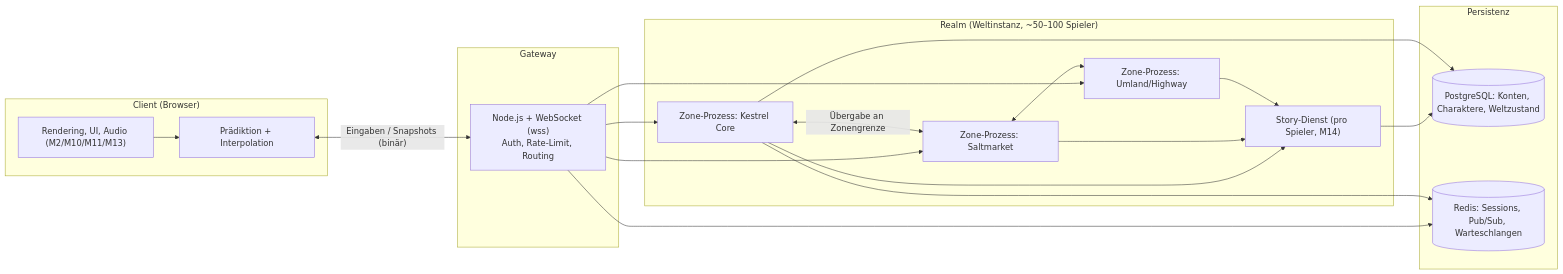
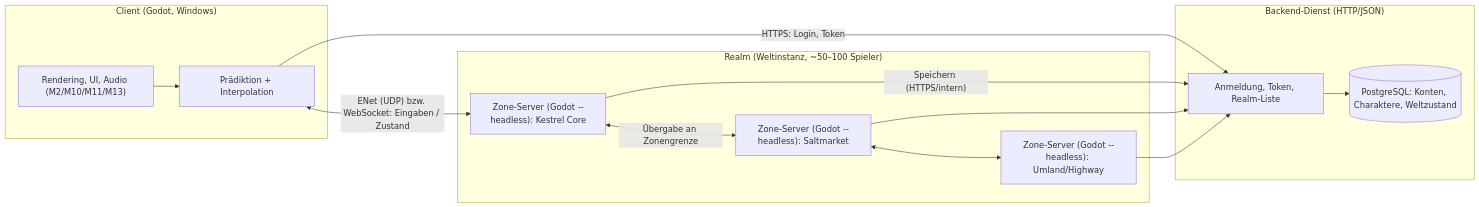
One commit to Martin-Mue/UnrealEngineGameMTA changed the second of 3 diagrams in docs/WELTKONZEPT.md. Above: the diagram before and after it, drawn with Mermaid. The commit also changed other lines of this file and 3 other files, not shown here.

Commit message:
Godot: Fussgaenger, Polizei-Fahndung, Missionen, Minimap, Speichern/Laden

````diff
--- a/docs/WELTKONZEPT.md
+++ b/docs/WELTKONZEPT.md
@@ -648,34 +676,25 @@
 ```mermaid
 flowchart LR
-  subgraph CL["Client (Browser)"]
+  subgraph CL["Client (Godot, Windows)"]
     C1["Rendering, UI, Audio (M2/M10/M11/M13)"]
     C2["Prädiktion + Interpolation"]
   end
-  subgraph LB["Gateway"]
-    GW["Node.js + WebSocket (wss)<br/>Auth, Rate-Limit, Routing"]
+  subgraph BE["Backend-Dienst (HTTP/JSON)"]
+    AU["Anmeldung, Token, Realm-Liste"]
+    PG[("PostgreSQL: Konten, Charaktere, Weltzustand")]
   end
   subgraph RL["Realm (Weltinstanz, ~50–100 Spieler)"]
-    Z1["Zone-Prozess: Kestrel Core"]
-    Z2["Zone-Prozess: Saltmarket"]
-    Z3["Zone-Prozess: Umland/Highway"]
-    ST["Story-Dienst (pro Spieler, M14)"]
-  end
-  subgraph DB["Persistenz"]
-    PG[("PostgreSQL: Konten, Charaktere, Weltzustand")]
-    RD[("Redis: Sessions, Pub/Sub, Warteschlangen")]
+    Z1["Zone-Server (Godot --headless): Kestrel Core"]
+    Z2["Zone-Server (Godot --headless): Saltmarket"]
+    Z3["Zone-Server (Godot --headless): Umland/Highway"]
   end
   C1 --> C2
-  C2 <-->|"Eingaben / Snapshots (binär)"| GW
-  GW --> Z1
-  GW --> Z2
-  GW --> Z3
+  C2 -->|"HTTPS: Login, Token"| AU
+  AU --> PG
+  C2 <-->|"ENet (UDP) bzw. WebSocket: Eingaben / Zustand"| Z1
   Z1 <-->|"Übergabe an Zonengrenze"| Z2
   Z2 <--> Z3
-  Z1 --> ST
-  Z2 --> ST
-  Z3 --> ST
-  ST --> PG
-  Z1 --> PG
-  GW --> RD
-  Z1 --> RD
+  Z1 -->|"Speichern (HTTPS/intern)"| AU
+  Z2 --> AU
+  Z3 --> AU
 ```
````
